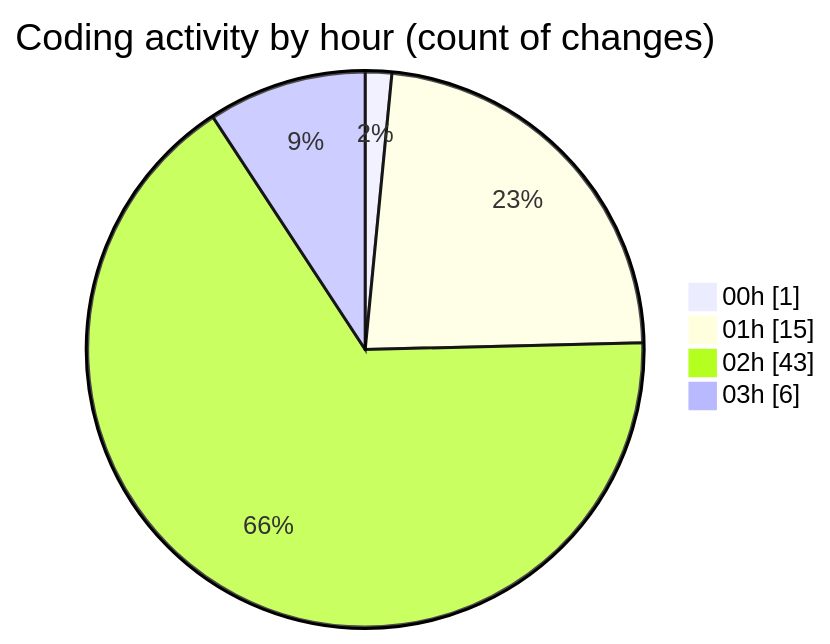
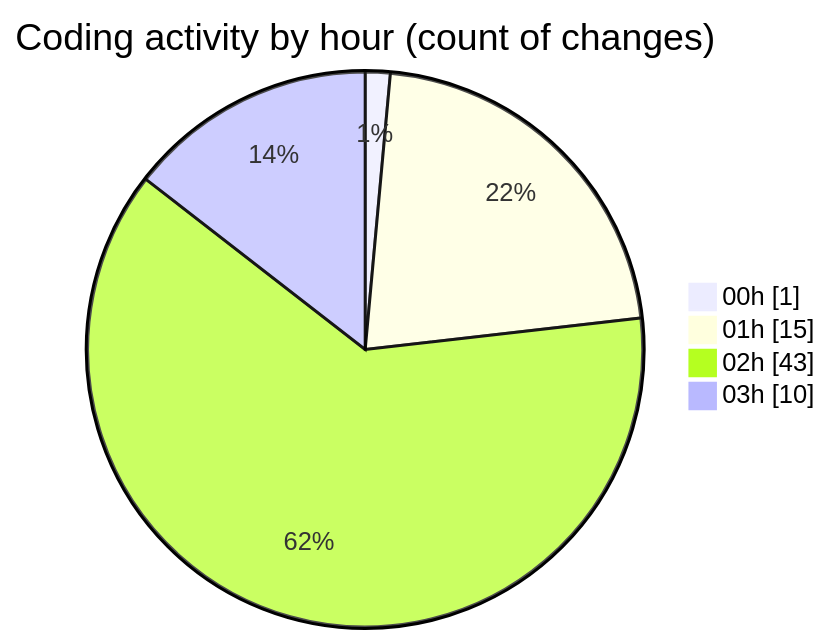
Before and after one commit to Elitesun/code-tracking: the second of 2 diagrams in 2025-05-01/niten/README.md, drawn with Mermaid. The commit also changed other lines of this file and 1 other file, not shown here.

````diff
--- a/2025-05-01/niten/README.md
+++ b/2025-05-01/niten/README.md
@@ -48,8 +48,8 @@
 ```mermaid
 pie showData
 title Coding activity by hour (count of changes)
 "00h" : 1
 "01h" : 15
 "02h" : 43
-"03h" : 6
+"03h" : 10
 ```
````
